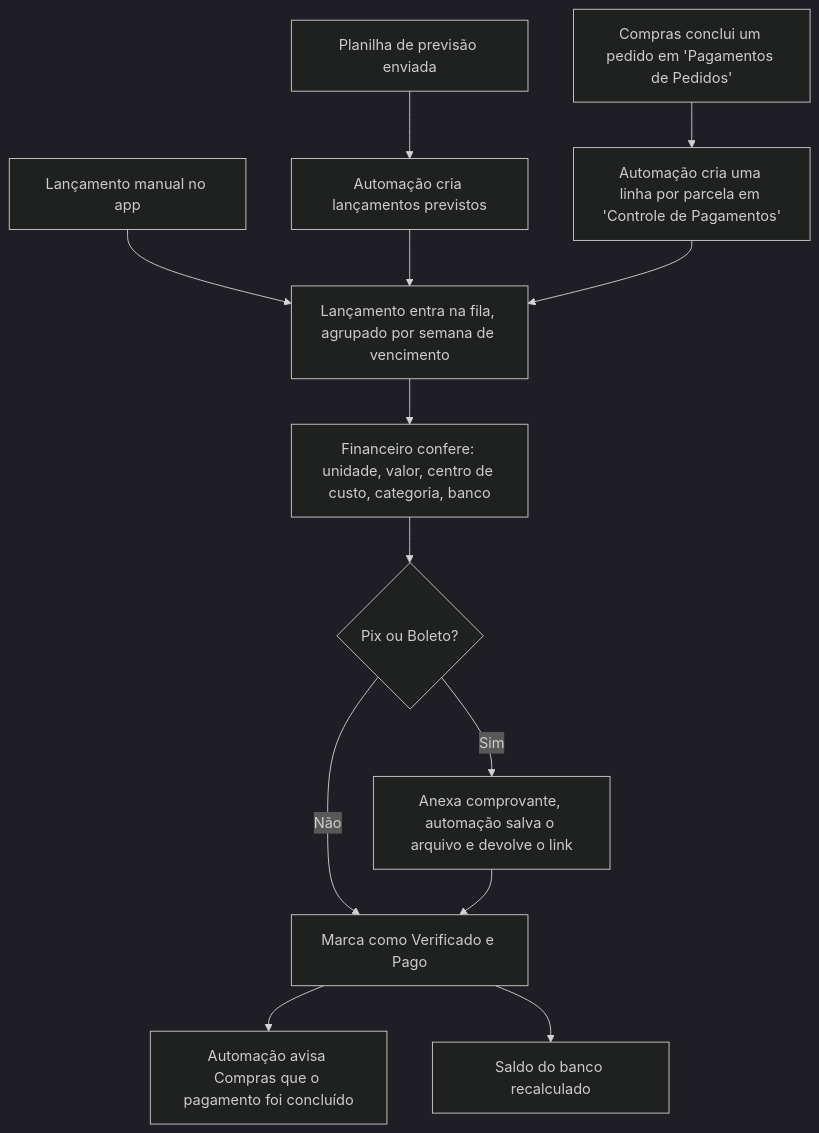
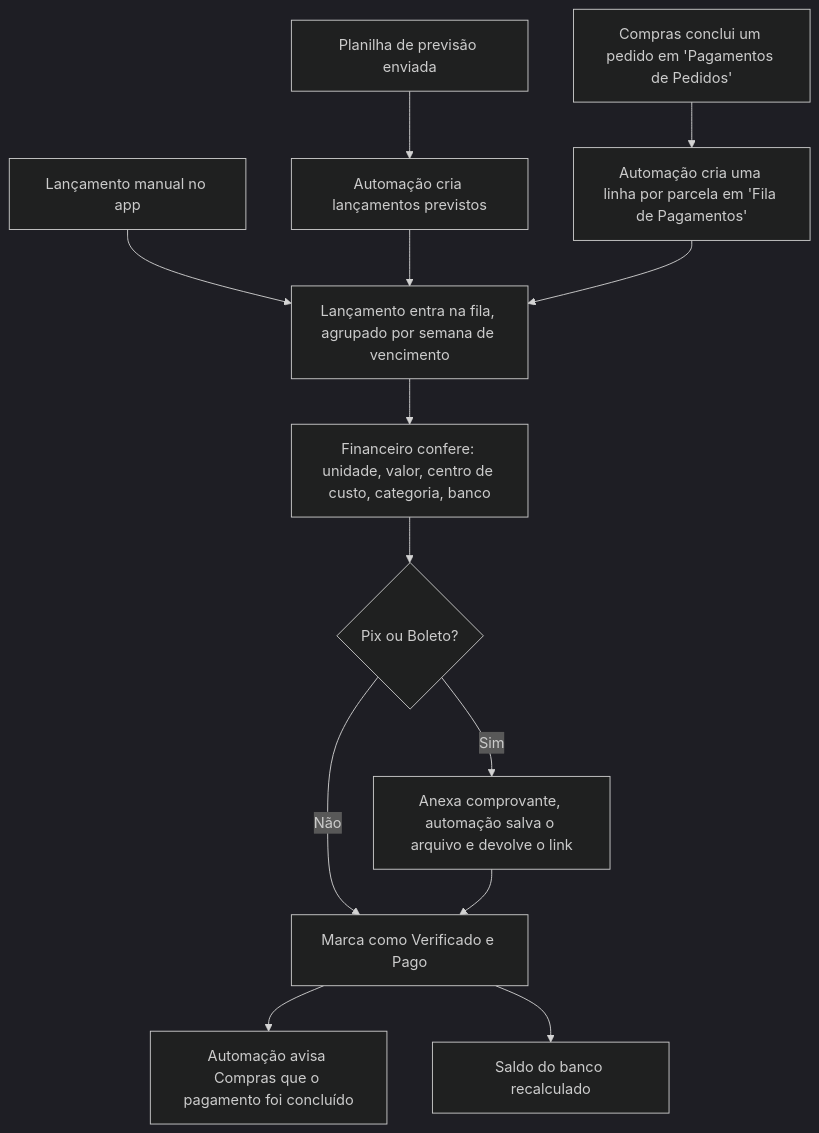
Before and after one commit to zenvv/portifolio: the first of 3 diagrams in public/projects/bello-financeiro/content/pt.md, drawn with Mermaid (dark theme). The commit also changed other lines of this file and 76 other files, not shown here.

````diff
--- a/public/projects/bello-financeiro/content/pt.md
+++ b/public/projects/bello-financeiro/content/pt.md
@@ -20,15 +22,15 @@
 ```mermaid
 flowchart TD
-    A[Compras conclui um pedido em 'Pagamentos de Pedidos'] --> B[Automação cria uma linha por parcela em 'Controle de Pagamentos']
+    A[Compras conclui um pedido em 'Pagamentos de Pedidos'] --> B[Automação cria uma linha por parcela em 'Fila de Pagamentos']
     M[Lançamento manual no app] --> C
     P[Planilha de previsão enviada] --> PA[Automação cria lançamentos previstos]
     PA --> C
     B --> C[Lançamento entra na fila, agrupado por semana de vencimento]
     C --> D[Financeiro confere: unidade, valor, centro de custo, categoria, banco]
     D --> E{Pix ou Boleto?}
     E -->|Sim| F[Anexa comprovante, automação salva o arquivo e devolve o link]
     E -->|Não| G
     F --> G[Marca como Verificado e Pago]
     G --> H[Automação avisa Compras que o pagamento foi concluído]
     G --> I[Saldo do banco recalculado]
 ```
````
